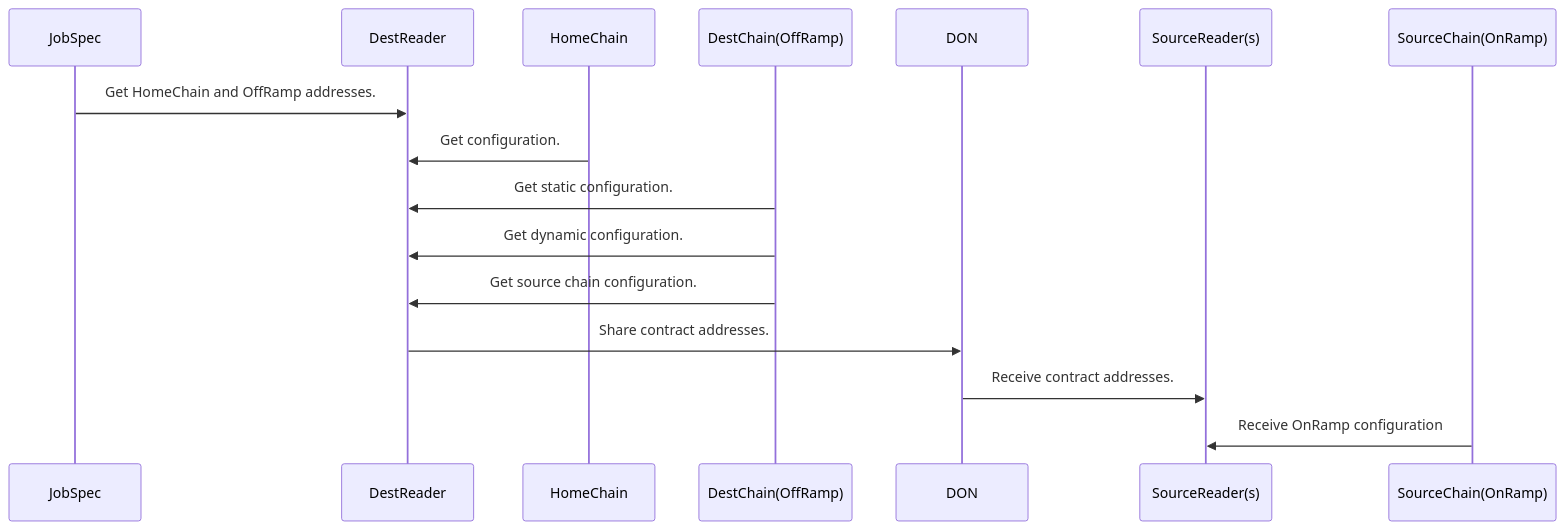
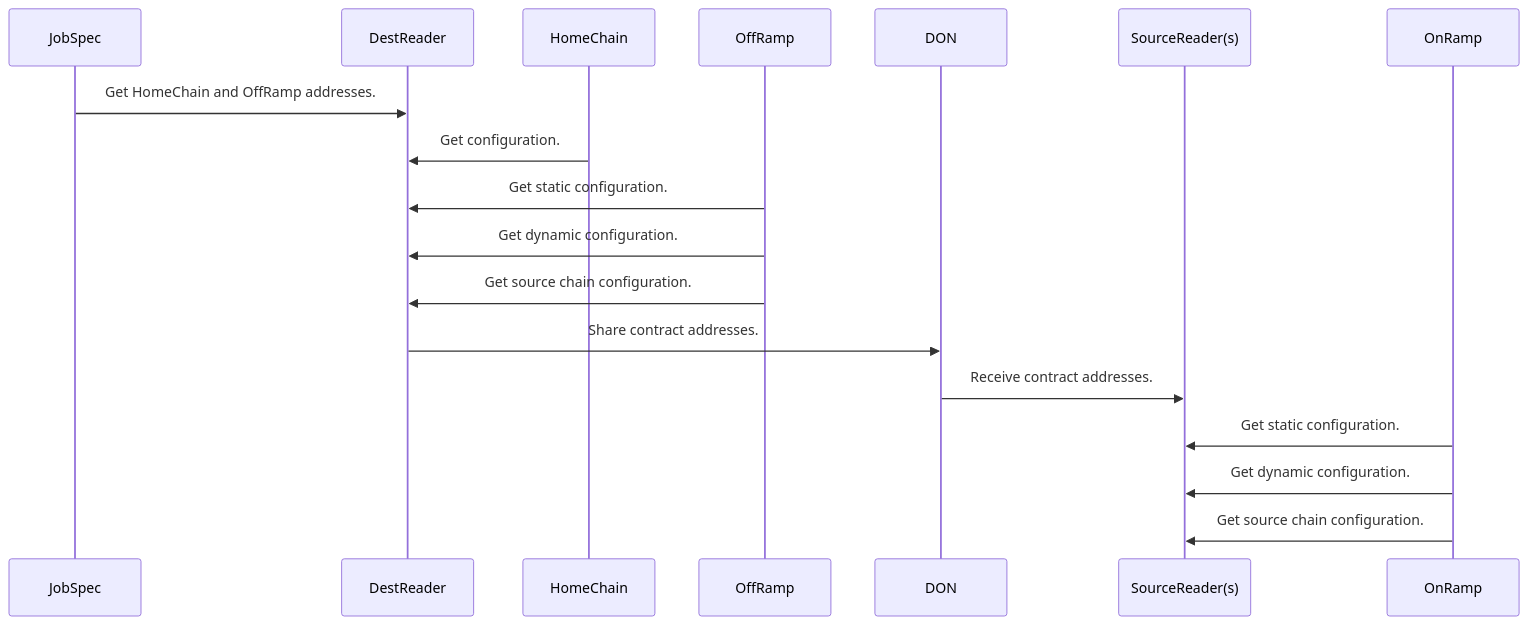
One commit to smartcontractkit/chainlink-ccip changed the diagram in docs/configuration.md. Above: the diagram before and after it, drawn with Mermaid. The commit also changed other lines of this file, not shown here.

Commit message:
Add links to configuration doc.

````diff
--- a/docs/configuration.md
+++ b/docs/configuration.md
@@ -88,11 +125,13 @@
 ```mermaid
 sequenceDiagram
 JobSpec ->> DestReader: Get HomeChain and OffRamp addresses.
 HomeChain ->> DestReader: Get configuration.
-DestChain(OffRamp) ->> DestReader: Get static configuration.
-DestChain(OffRamp) ->> DestReader: Get dynamic configuration.
-DestChain(OffRamp) ->> DestReader: Get source chain configuration.
+OffRamp ->> DestReader: Get static configuration.
+OffRamp ->> DestReader: Get dynamic configuration.
+OffRamp ->> DestReader: Get source chain configuration.
 DestReader ->> DON: Share contract addresses.
 DON ->> SourceReader(s): Receive contract addresses.
-SourceChain(OnRamp) ->> SourceReader(s): Receive OnRamp configuration
+OnRamp ->> SourceReader(s): Get static configuration.
+OnRamp ->> SourceReader(s): Get dynamic configuration.
+OnRamp ->> SourceReader(s): Get source chain configuration.
 ```
````
